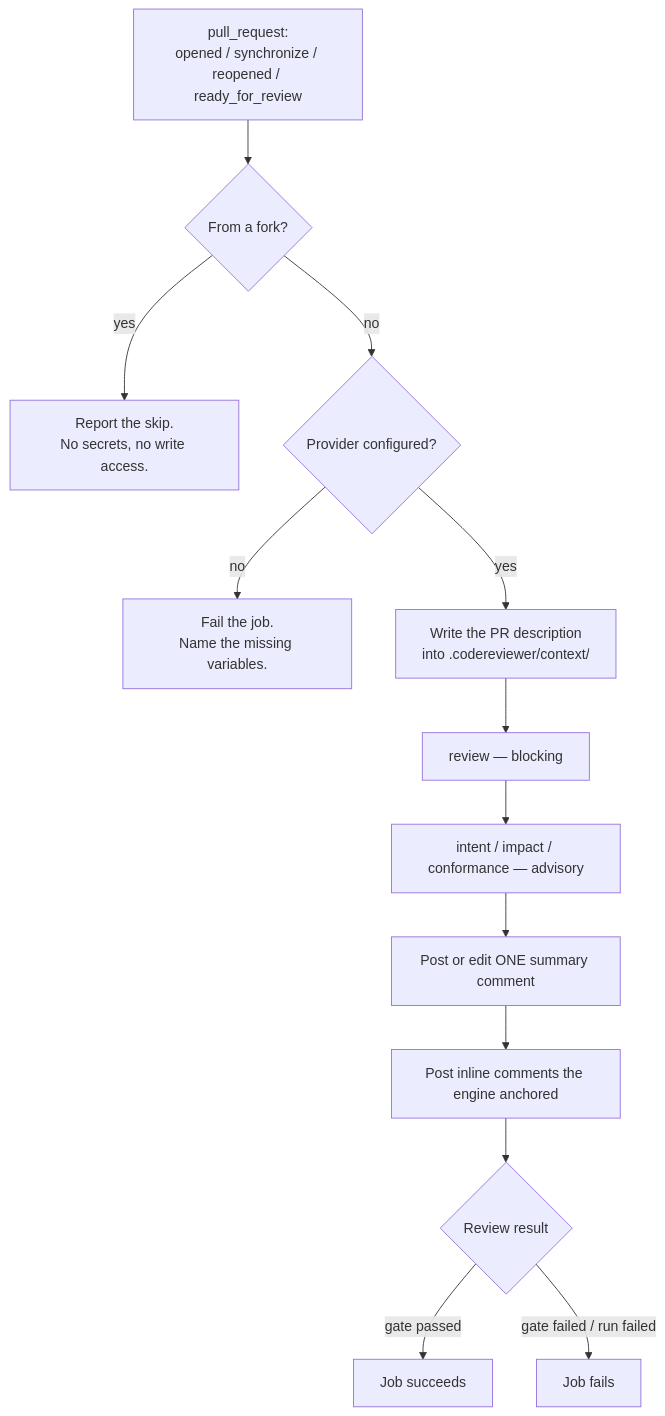
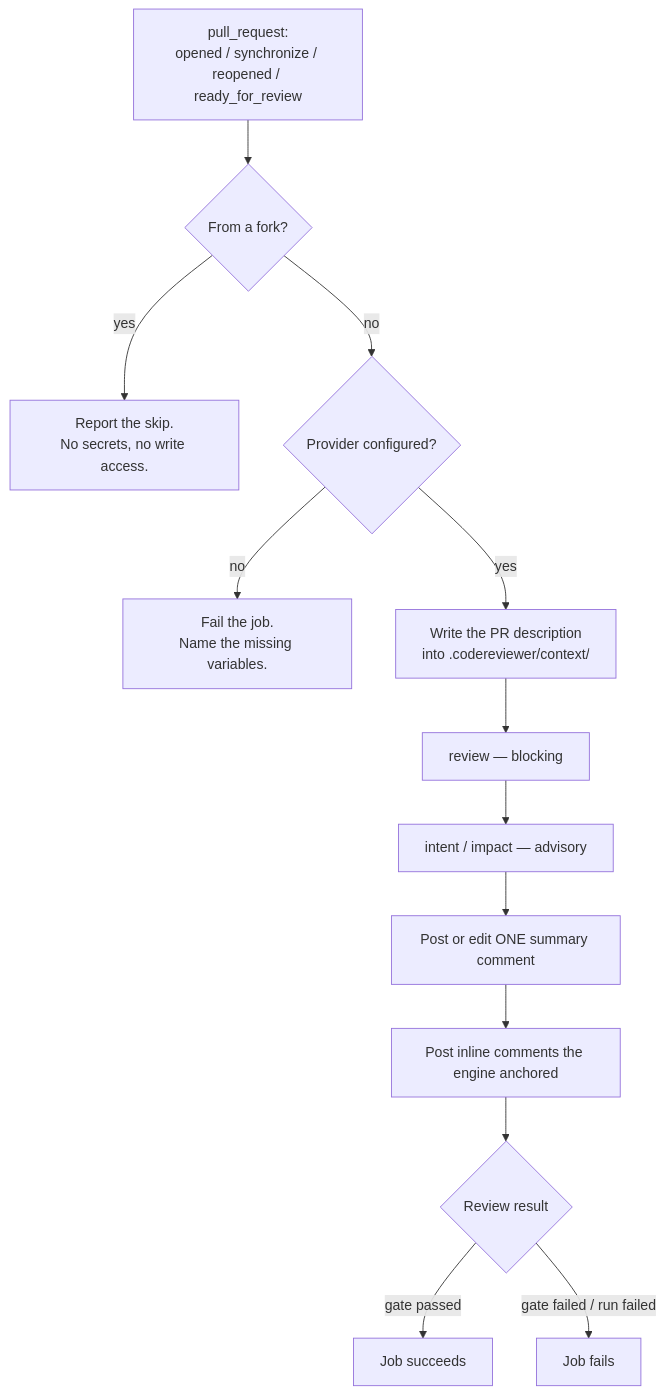
The diagram in docs/04-guides/github-integration.md (sebastianwessel/codereviewer), drawn with Mermaid before and after one commit. The commit also changed other lines of this file and 85 other files, not shown here.

````diff
--- a/docs/04-guides/github-integration.md
+++ b/docs/04-guides/github-integration.md
@@ -18,15 +18,15 @@
 ```mermaid
 flowchart TD
   A["pull_request:<br/>opened / synchronize / reopened / ready_for_review"] --> B{"From a fork?"}
   B -- yes --> C["Report the skip.<br/>No secrets, no write access."]
   B -- no --> D{"Provider configured?"}
   D -- no --> E["Fail the job.<br/>Name the missing variables."]
   D -- yes --> F["Write the PR description<br/>into .codereviewer/context/"]
   F --> G["review — blocking"]
-  G --> H["intent / impact / conformance — advisory"]
+  G --> H["intent / impact — advisory"]
   H --> I["Post or edit ONE summary comment"]
   I --> J["Post inline comments the engine anchored"]
   J --> K{"Review result"}
   K -- "gate passed" --> L["Job succeeds"]
   K -- "gate failed / run failed" --> M["Job fails"]
 ```
````
